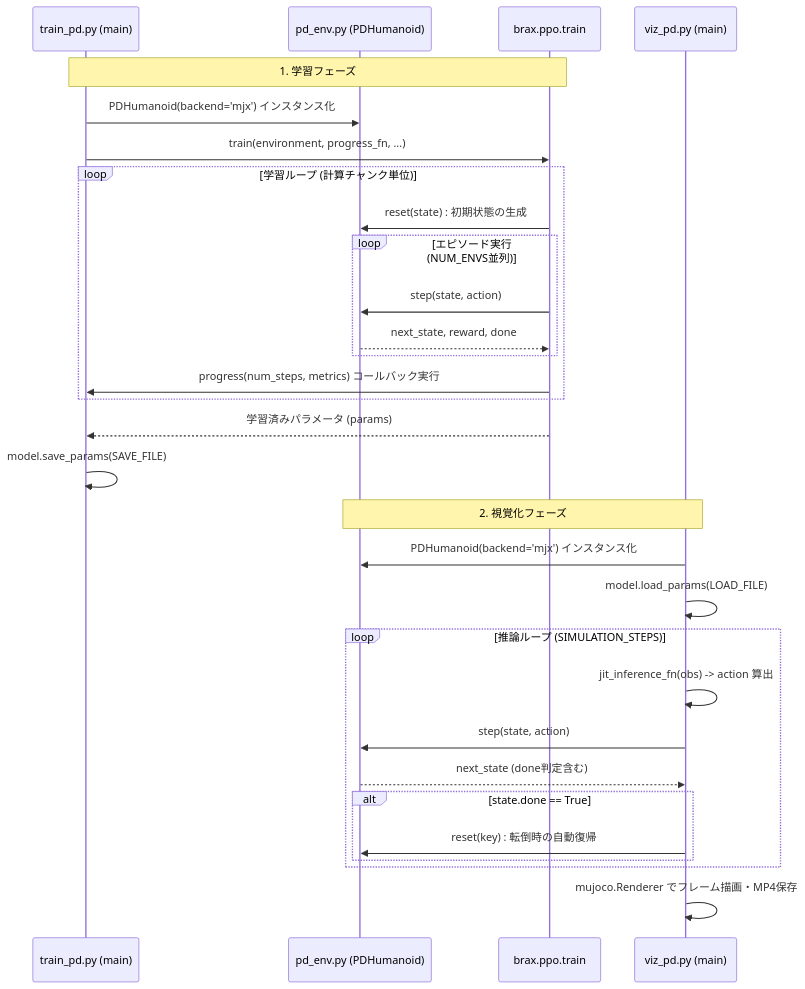
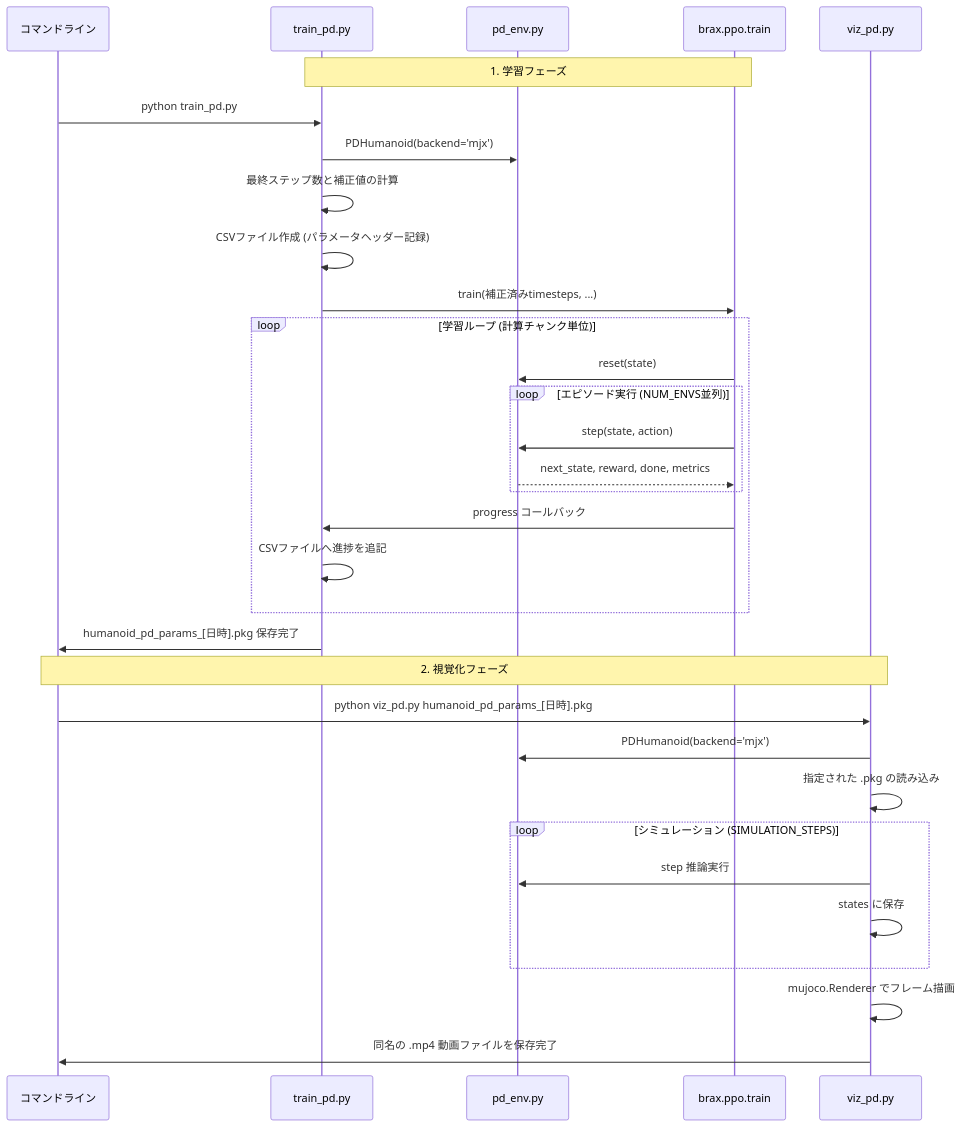
One commit to onion3630/humanoid-mjx-pd-control changed the diagram in DESIGN.md. Above: the diagram before and after it, drawn with Mermaid. The commit also changed other lines of this file and 6 other files, not shown here.

````diff
--- a/DESIGN.md
+++ b/DESIGN.md
@@ -93,37 +97,40 @@
 ```mermaid
 sequenceDiagram
-    participant Train as train_pd.py (main)
-    participant Env as pd_env.py (PDHumanoid)
+    participant CLI as コマンドライン
+    participant Train as train_pd.py
+    participant Env as pd_env.py
     participant PPO as brax.ppo.train
-    participant Viz as viz_pd.py (main)
-
+    participant Viz as viz_pd.py
+    
     Note over Train, PPO: 1. 学習フェーズ
-    Train->>Env: PDHumanoid(backend='mjx') インスタンス化
-    Train->>PPO: train(environment, progress_fn, ...)
+    CLI->>Train: python train_pd.py
+    Train->>Env: PDHumanoid(backend='mjx')
+    Train->>Train: 最終ステップ数と補正値の計算
+    Train->>Train: CSVファイル作成 (パラメータヘッダー記録)
+    Train->>PPO: train(補正済みtimesteps, ...)
     
     loop 学習ループ (計算チャンク単位)
-        PPO->>Env: reset(state) : 初期状態の生成
+        PPO->>Env: reset(state)
         loop エピソード実行 (NUM_ENVS並列)
             PPO->>Env: step(state, action)
-            Env-->>PPO: next_state, reward, done
+            Env-->>PPO: next_state, reward, done, metrics
         end
-        PPO->>Train: progress(num_steps, metrics) コールバック実行
+        PPO->>Train: progress コールバック
+        Train->>Train: CSVファイルへ進捗を追記
     end
     
-    PPO-->>Train: 学習済みパラメータ (params)
-    Train->>Train: model.save_params(SAVE_FILE)
+    Train->>CLI: humanoid_pd_params_[日時].pkg 保存完了
     
-    Note over Viz, Env: 2. 視覚化フェーズ
-    Viz->>Env: PDHumanoid(backend='mjx') インスタンス化
-    Viz->>Viz: model.load_params(LOAD_FILE)
+    Note over CLI, Viz: 2. 視覚化フェーズ
+    CLI->>Viz: python viz_pd.py humanoid_pd_params_[日時].pkg
+    Viz->>Env: PDHumanoid(backend='mjx')
+    Viz->>Viz: 指定された .pkg の読み込み
     
-    loop 推論ループ (SIMULATION_STEPS)
-        Viz->>Viz: jit_inference_fn(obs) -> action 算出
-        Viz->>Env: step(state, action)
-        Env-->>Viz: next_state (done判定含む)
-        alt state.done == True
-            Viz->>Env: reset(key) : 転倒時の自動復帰
-        end
+    loop シミュレーション (SIMULATION_STEPS)
+        Viz->>Env: step 推論実行
+        Viz->>Viz: states に保存
     end
-    Viz->>Viz: mujoco.Renderer でフレーム描画・MP4保存
+    
+    Viz->>Viz: mujoco.Renderer でフレーム描画
+    Viz->>CLI: 同名の .mp4 動画ファイルを保存完了
 ```
````
